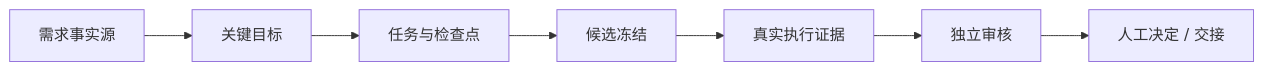
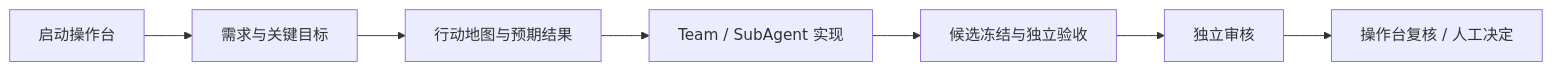
The diagram in README.md (jiay98528-dev/vibe-control), drawn with Mermaid before and after one commit. The commit also changed other lines of this file and 156 other files, not shown here.

````diff
--- a/README.md
+++ b/README.md
@@ -45,9 +48,9 @@
 ```mermaid
 flowchart LR
-    A["需求事实源"] --> B["关键目标"]
-    B --> C["任务与检查点"]
-    C --> D["候选冻结"]
-    D --> E["真实执行证据"]
+    A["启动操作台"] --> B["需求与关键目标"]
+    B --> C["行动地图与预期结果"]
+    C --> D["Team / SubAgent 实现"]
+    D --> E["候选冻结与独立验收"]
     E --> F["独立审核"]
-    F --> G["人工决定 / 交接"]
+    F --> G["操作台复核 / 人工决定"]
 ```
````
